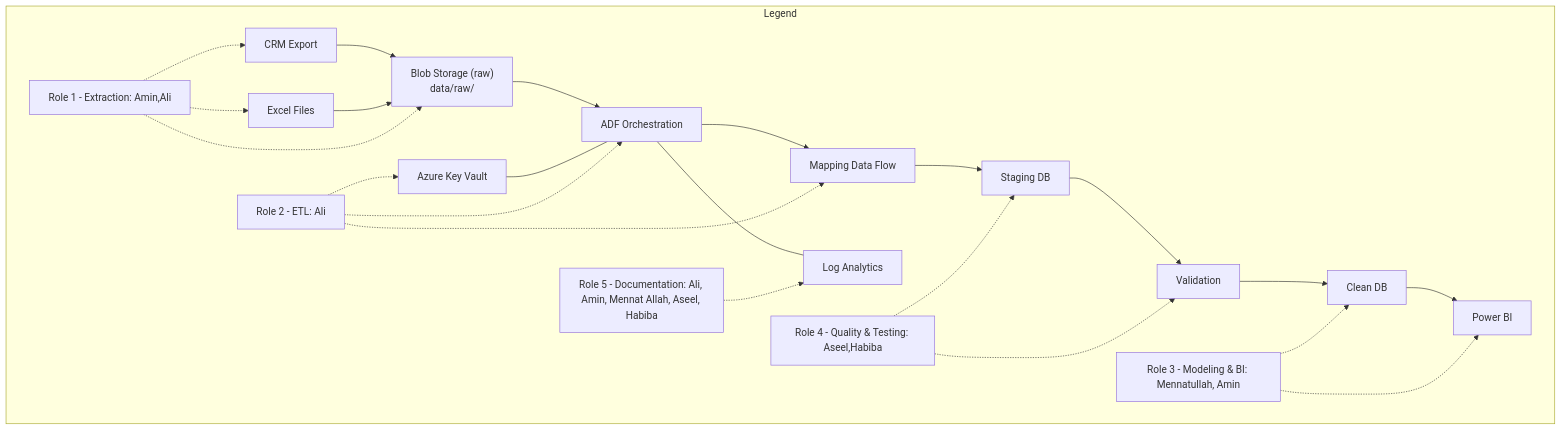
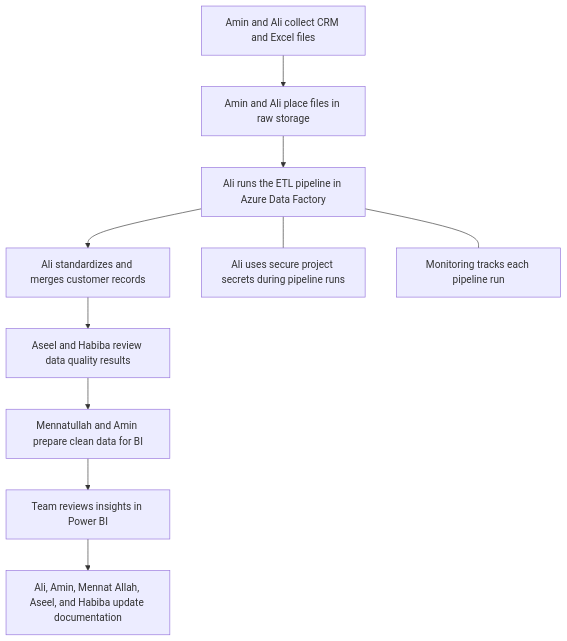
Before and after one commit to Ali-Hegazy-Ai/customer-data-etl: the first of 8 diagrams in docs/diagrams.md, drawn with Mermaid. The commit also changed other lines of this file and 1 other file, not shown here.

Commit message:
docs: Rewrite project diagrams with more descriptive titles and narrative explanations, explicitly detailing team member responsibilities.

````diff
--- a/docs/diagrams.md
+++ b/docs/diagrams.md
@@ -5,26 +9,13 @@
 ```mermaid
 flowchart TD
-    CRM["CRM Export"] --> Blob["Blob Storage (raw)\ndata/raw/"]
-    Excel["Excel Files"] --> Blob
-    Blob --> ADF["ADF Orchestration"]
-    ADF --> MDF["Mapping Data Flow"]
-    MDF --> StgDB["Staging DB"]
-    StgDB --> Val["Validation"]
-    Val --> ClnDB["Clean DB"]
-    ClnDB --> PBI["Power BI"]
-    KV["Azure Key Vault"] --- ADF
-    ADF --- LA["Log Analytics"]
+    S1["Amin and Ali collect CRM and Excel files"] --> S2["Amin and Ali place files in raw storage"]
+    S2 --> S3["Ali runs the ETL pipeline in Azure Data Factory"]
+    S3 --> S4["Ali standardizes and merges customer records"]
+    S4 --> S5["Aseel and Habiba review data quality results"]
+    S5 --> S6["Mennatullah and Amin prepare clean data for BI"]
+    S6 --> S7["Team reviews insights in Power BI"]
 
-    subgraph Legend
-        R1["Role 1 - Extraction: Amin,Ali"]
-        R2["Role 2 - ETL: Ali"]
-        R3["Role 3 - Modeling & BI: Mennatullah, Amin"]
-        R4["Role 4 - Quality & Testing: Aseel,Habiba"]
-        R5["Role 5 - Documentation: Ali, Amin, Mennat Allah, Aseel, Habiba"]
-        R1 -.-> CRM & Excel & Blob
-        R2 -.-> ADF & MDF & KV
-        R3 -.-> ClnDB & PBI
-        R4 -.-> StgDB & Val
-        R5 -.-> LA
-    end
+    S3 --- S8["Ali uses secure project secrets during pipeline runs"]
+    S3 --- S9["Monitoring tracks each pipeline run"]
+    S7 --> S10["Ali, Amin, Mennat Allah, Aseel, and Habiba update documentation"]
 ```
````
